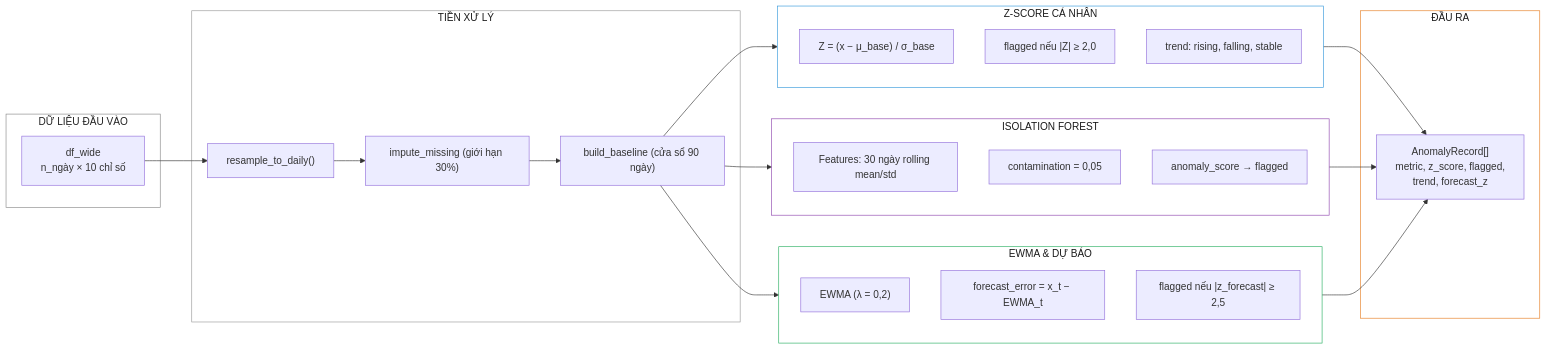
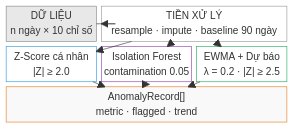
One commit to dotlinux26/health-risk-early-warning changed the diagram in docs/figures/fig8_tier1_detail.mmd. Above: the diagram before and after it, drawn with Mermaid. The commit also changed 8 other files, not shown here.

Commit message:
fig7-10: chuyển sang block-beta gọn, tiếng Việt đủ dấu

```diff
--- a/docs/figures/fig8_tier1_detail.mmd
+++ b/docs/figures/fig8_tier1_detail.mmd
@@ -1,49 +1,21 @@
-flowchart LR
-    subgraph RAW["DỮ LIỆU ĐẦU VÀO"]
-        D1["df_wide<br/>n_ngày × 10 chỉ số"]
-    end
-
-    subgraph PRE["TIỀN XỬ LÝ"]
-        P1["resample_to_daily()"]
-        P2["impute_missing (giới hạn 30%)"]
-        P3["build_baseline (cửa sổ 90 ngày)"]
-    end
-
-    subgraph ZS["Z-SCORE CÁ NHÂN"]
-        Z1["Z = (x − μ_base) / σ_base"]
-        Z2["flagged nếu |Z| ≥ 2,0"]
-        Z3["trend: rising, falling, stable"]
-    end
-
-    subgraph IF["ISOLATION FOREST"]
-        I1["Features: 30 ngày rolling mean/std"]
-        I2["contamination = 0,05"]
-        I3["anomaly_score → flagged"]
-    end
-
-    subgraph EW["EWMA & DỰ BÁO"]
-        E1["EWMA (λ = 0,2)"]
-        E2["forecast_error = x_t − EWMA_t"]
-        E3["flagged nếu |z_forecast| ≥ 2,5"]
-    end
-
-    subgraph OUT["ĐẦU RA"]
-        O1["AnomalyRecord[]<br/>metric, z_score, flagged,<br/>trend, forecast_z"]
-    end
-
-    D1 --> P1
-    P1 --> P2
-    P2 --> P3
-    P3 --> ZS
-    P3 --> IF
-    P3 --> EW
-    ZS --> O1
-    IF --> O1
-    EW --> O1
-
-    style RAW fill:#ffffff,stroke:#888888,color:#222222
-    style PRE fill:#ffffff,stroke:#999999,color:#1a1a1a
-    style ZS fill:#ffffff,stroke:#3498db,color:#1a1a1a
-    style IF fill:#ffffff,stroke:#8e44ad,color:#1a1a1a
-    style EW fill:#ffffff,stroke:#27ae60,color:#1a1a1a
-    style OUT fill:#ffffff,stroke:#e67e22,color:#1a1a1a
+block-beta
+  columns 3
+  RAW["DỮ LIỆU\nn ngày × 10 chỉ số"]:1
+  PRE["TIỀN XỬ LÝ\nresample · impute · baseline 90 ngày"]:2
+  ZS["Z-Score cá nhân\n|Z| ≥ 2.0"]:1
+  IF1["Isolation Forest\ncontamination 0.05"]:1
+  EW["EWMA + Dự báo\nλ = 0.2 · |Z| ≥ 2.5"]:1
+  OUT["AnomalyRecord[]\nmetric · flagged · trend"]:3
+  RAW --> PRE
+  PRE --> ZS
+  PRE --> IF1
+  PRE --> EW
+  ZS --> OUT
+  IF1 --> OUT
+  EW --> OUT
+  style RAW fill:#e8e8e8,stroke:#888,color:#222
+  style PRE fill:#fff,stroke:#999,color:#222
+  style ZS fill:#fff,stroke:#3498db,color:#222
+  style IF1 fill:#fff,stroke:#8e44ad,color:#222
+  style EW fill:#fff,stroke:#27ae60,color:#222
+  style OUT fill:#f9f9f9,stroke:#e67e22,color:#222
```
